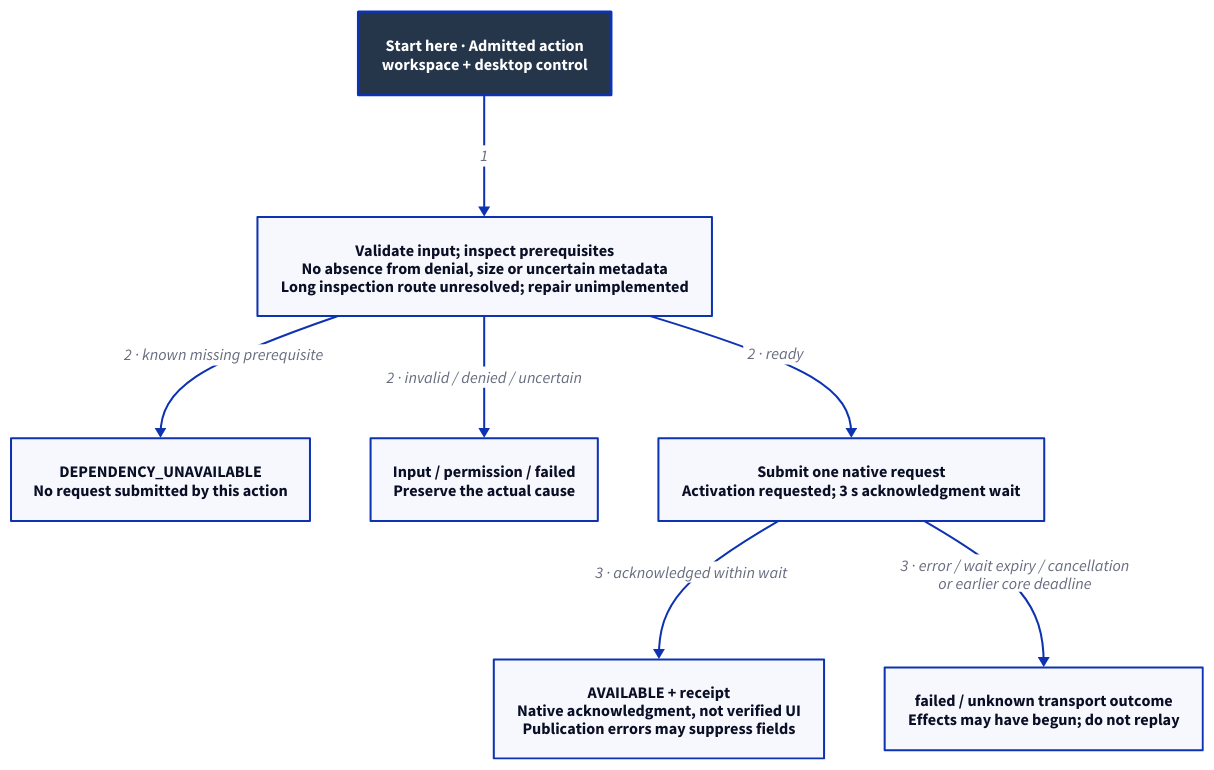
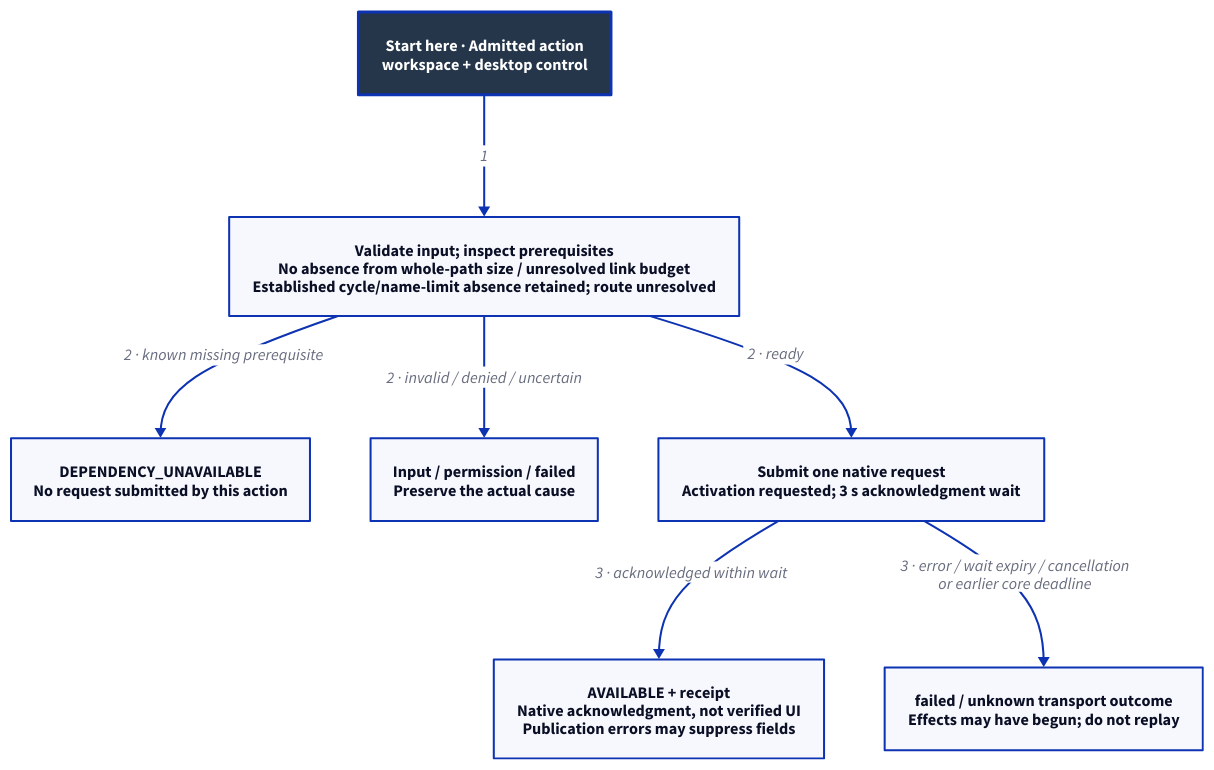
One commit to Linkuistics/Koine changed the diagram in docs/design/architecture/workspace-outcomes.d2. Above: the diagram before and after it, drawn with D2. The commit also changed 24 other files, not shown here.

```diff
--- a/docs/design/architecture/workspace-outcomes.d2
+++ b/docs/design/architecture/workspace-outcomes.d2
@@ -1,18 +1,18 @@
 # Control flow, not a state machine or model-checking result.
 direction: down
 classes: {
   start: {style: {fill: "#25364B"; font-color: "#FFFFFF"; bold: true; stroke-width: 3}}
 }
 Admit: "Start here · Admitted action\nworkspace + desktop control" {class: start}
-Inspect: "Validate input; inspect prerequisites\nNo absence from denial, size or uncertain metadata\nLong inspection route unresolved; repair unimplemented"
+Inspect: "Validate input; inspect prerequisites\nNo absence from whole-path size / unresolved link budget\nEstablished cycle/name-limit absence retained; route unresolved"
 Missing: "DEPENDENCY_UNAVAILABLE\nNo request submitted by this action"
 Refuse: "Input / permission / failed\nPreserve the actual cause"
 Submit: "Submit one native request\nActivation requested; 3 s acknowledgment wait"
 Accepted: "AVAILABLE + receipt\nNative acknowledgment, not verified UI\nPublication errors may suppress fields"
 Failed: "failed / unknown transport outcome\nEffects may have begun; do not replay"
 Admit -> Inspect: "1"
 Inspect -> Missing: "2 · known missing prerequisite"
 Inspect -> Refuse: "2 · invalid / denied / uncertain"
 Inspect -> Submit: "2 · ready"
 Submit -> Accepted: "3 · acknowledged within wait"
 Submit -> Failed: "3 · error / wait expiry / cancellation\nor earlier core deadline"
```
